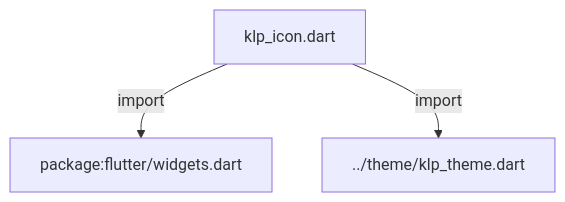
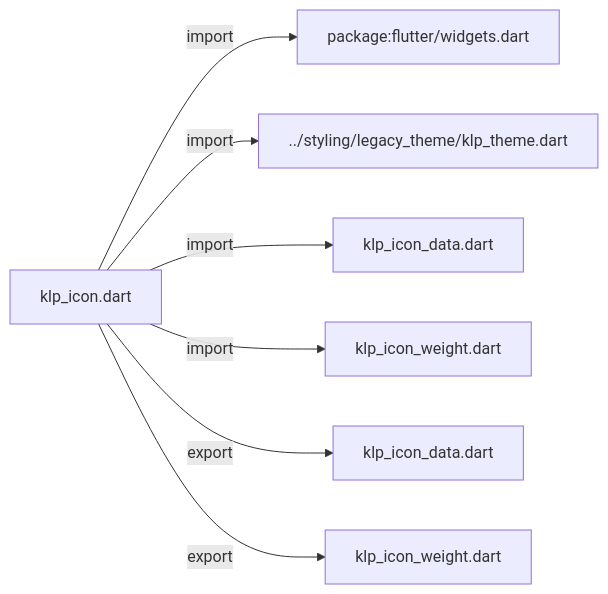
Before and after one commit to MiuDog/Kallopis: the first of 3 diagrams in docs/architecture/src/foundation/klp_icon.md, drawn with Mermaid. The commit also changed other lines of this file and 3539 other files, not shown here.

````diff
--- a/docs/architecture/src/foundation/klp_icon.md
+++ b/docs/architecture/src/foundation/klp_icon.md
@@ -11,8 +11,16 @@
 ```mermaid
-flowchart TD
+flowchart LR
 	n0["klp_icon.dart"]
 	n1["package:flutter/widgets.dart"]
-	n2["../theme/klp_theme.dart"]
+	n2["../styling/legacy_theme/klp_theme.dart"]
+	n3["klp_icon_data.dart"]
+	n4["klp_icon_weight.dart"]
+	n5["klp_icon_data.dart"]
+	n6["klp_icon_weight.dart"]
 	n0 -->|"import"| n1
 	n0 -->|"import"| n2
+	n0 -->|"import"| n3
+	n0 -->|"import"| n4
+	n0 -->|"export"| n5
+	n0 -->|"export"| n6
 ```
````
